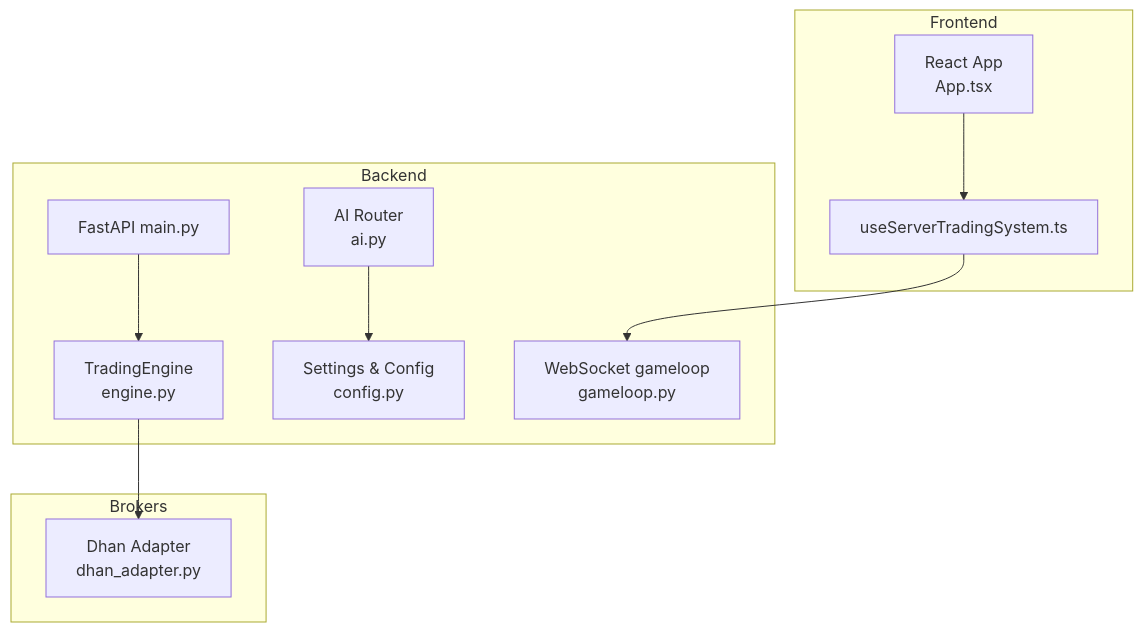
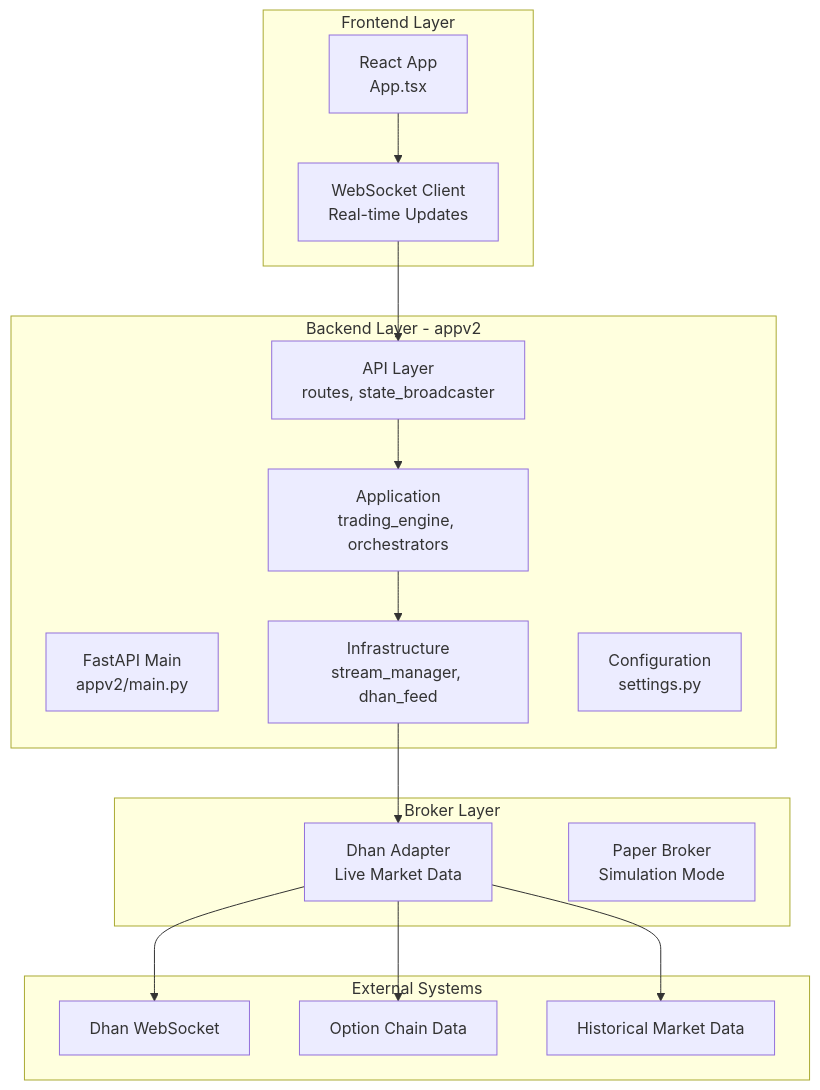
One commit to gemrajkhatry-maker/v5-of-glassytrade-ai changed the first of 4 diagrams in .qoder/repowiki/en/content/System Overview/System Overview.md. Above: the diagram before and after it, drawn with Mermaid. The commit also changed other lines of this file and 930 other files, not shown here.

````diff
--- a/.qoder/repowiki/en/content/System Overview/System Overview.md
+++ b/.qoder/repowiki/en/content/System Overview/System Overview.md
@@ -45,22 +63,31 @@
 ```mermaid
 graph TB
-subgraph "Frontend"
+subgraph "Frontend Layer"
 FE_App["React App<br/>App.tsx"]
-FE_WS["useServerTradingSystem.ts"]
+FE_WS["WebSocket Client<br/>Real-time Updates"]
 end
-subgraph "Backend"
-BE_Main["FastAPI main.py"]
-BE_Engine["TradingEngine<br/>engine.py"]
-BE_WS["WebSocket gameloop<br/>gameloop.py"]
-BE_AI["AI Router<br/>ai.py"]
-BE_Config["Settings & Config<br/>config.py"]
+subgraph "Backend Layer - appv2"
+BE_Main["FastAPI Main<br/>appv2/main.py"]
+BE_Infra["Infrastructure<br/>stream_manager, dhan_feed"]
+BE_App["Application<br/>trading_engine, orchestrators"]
+BE_API["API Layer<br/>routes, state_broadcaster"]
+BE_Config["Configuration<br/>settings.py"]
 end
-subgraph "Brokers"
-BR_Dhan["Dhan Adapter<br/>dhan_adapter.py"]
+subgraph "Broker Layer"
+BR_Dhan["Dhan Adapter<br/>Live Market Data"]
+BR_Paper["Paper Broker<br/>Simulation Mode"]
+end
+subgraph "External Systems"
+EXT_Broker["Dhan WebSocket"]
+EXT_Options["Option Chain Data"]
+EXT_Historical["Historical Market Data"]
 end
 FE_App --> FE_WS
-FE_WS --> BE_WS
-BE_Main --> BE_Engine
-BE_Engine --> BR_Dhan
-BE_AI --> BE_Config
+FE_WS --> BE_API
+BE_API --> BE_App
+BE_App --> BE_Infra
+BE_Infra --> BR_Dhan
+BR_Dhan --> EXT_Broker
+BR_Dhan --> EXT_Options
+BR_Dhan --> EXT_Historical
 ```
````
